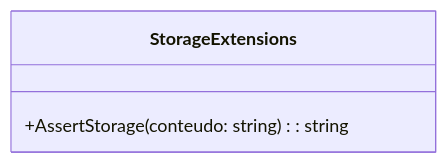
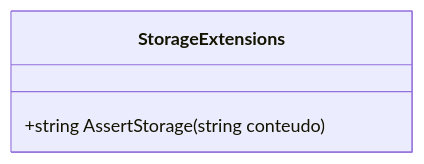
Before and after one commit to IsthmusSistemas/documentacao-tecnica: the diagram in docs/b2b-dominio/IsthmusWinthor.Nucleo/IsthmusWinthor.Dominio/Extensions/StorageExtensions.md, drawn with Mermaid. The commit also changed other lines of this file and 882 other files, not shown here.

````diff
--- a/docs/b2b-dominio/IsthmusWinthor.Nucleo/IsthmusWinthor.Dominio/Extensions/StorageExtensions.md
+++ b/docs/b2b-dominio/IsthmusWinthor.Nucleo/IsthmusWinthor.Dominio/Extensions/StorageExtensions.md
@@ -29,6 +35,6 @@
 ```mermaid
 classDiagram
     class StorageExtensions {
-        +AssertStorage(conteudo: string): string
+        +string AssertStorage(string conteudo)
     }
-```
+``` 
````
